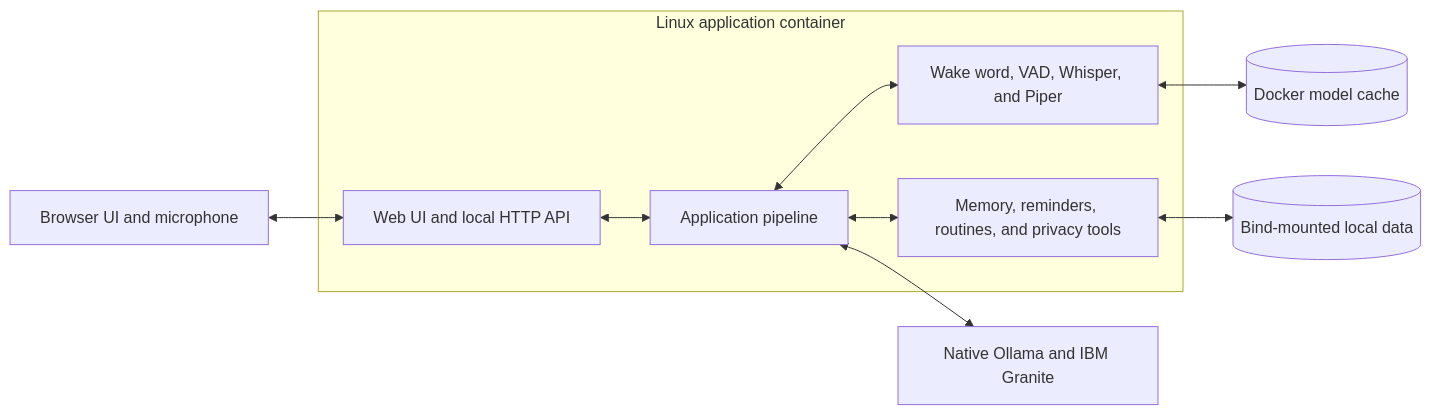
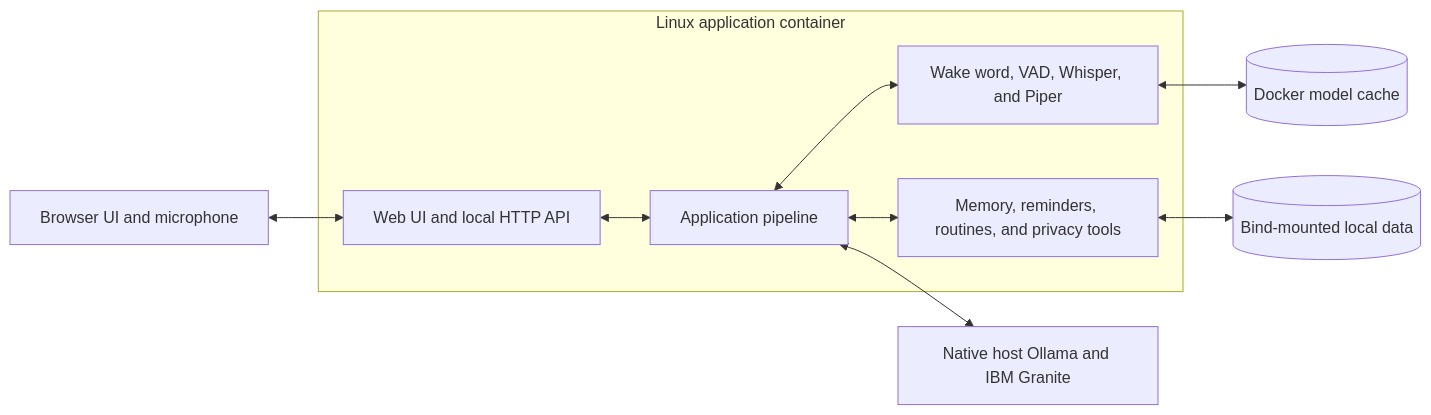
Before and after one commit to IBM-x-UCL-Summer-Project/granite-voice-concierge: the diagram in README.md, drawn with Mermaid. The commit also changed other lines of this file and 2 other files, not shown here.

````diff
--- a/README.md
+++ b/README.md
@@ -52,23 +53,23 @@
 ```mermaid
 flowchart LR
     Browser[Browser UI and microphone]
 
     subgraph Container[Linux application container]
         Web[Web UI and local HTTP API]
         Pipeline[Application pipeline]
         Voice[Wake word, VAD, Whisper, and Piper]
         Services[Memory, reminders, routines, and privacy tools]
     end
 
-    Ollama[Native Ollama and IBM Granite]
+    Ollama[Native host Ollama and IBM Granite]
     Data[(Bind-mounted local data)]
     Cache[(Docker model cache)]
 
     Browser <--> Web
     Web <--> Pipeline
     Pipeline <--> Voice
     Pipeline <--> Services
     Pipeline <--> Ollama
     Services <--> Data
     Voice <--> Cache
 ```
````
